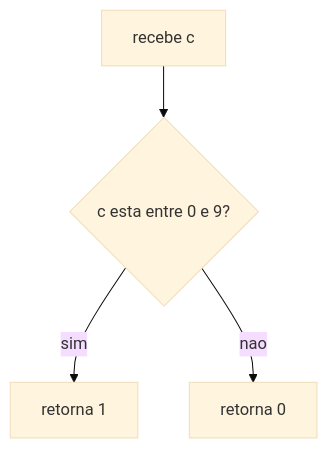
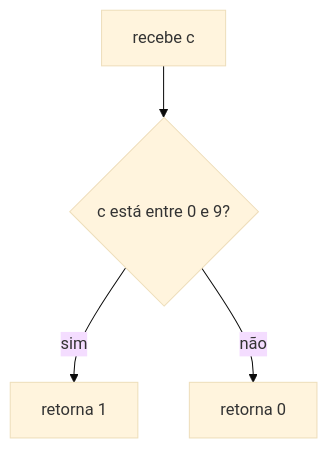
The third of 43 diagrams in 1-libft/Readme.md (ahy-git/docs), drawn with Mermaid (base theme) before and after one commit. The commit also changed other lines of this file and 1 other file, not shown here.

````diff
--- a/1-libft/Readme.md
+++ b/1-libft/Readme.md
@@ -408,6 +408,6 @@
 ```mermaid
 flowchart TD
-	A[recebe c] --> B{c esta entre 0 e 9?}
-	B -- sim --> C[retorna 1]
-	B -- nao --> D[retorna 0]
+	A["recebe c"] --> B{"c está entre 0 e 9?"}
+	B -- sim --> C["retorna 1"]
+	B -- não --> D["retorna 0"]
 ```
````
